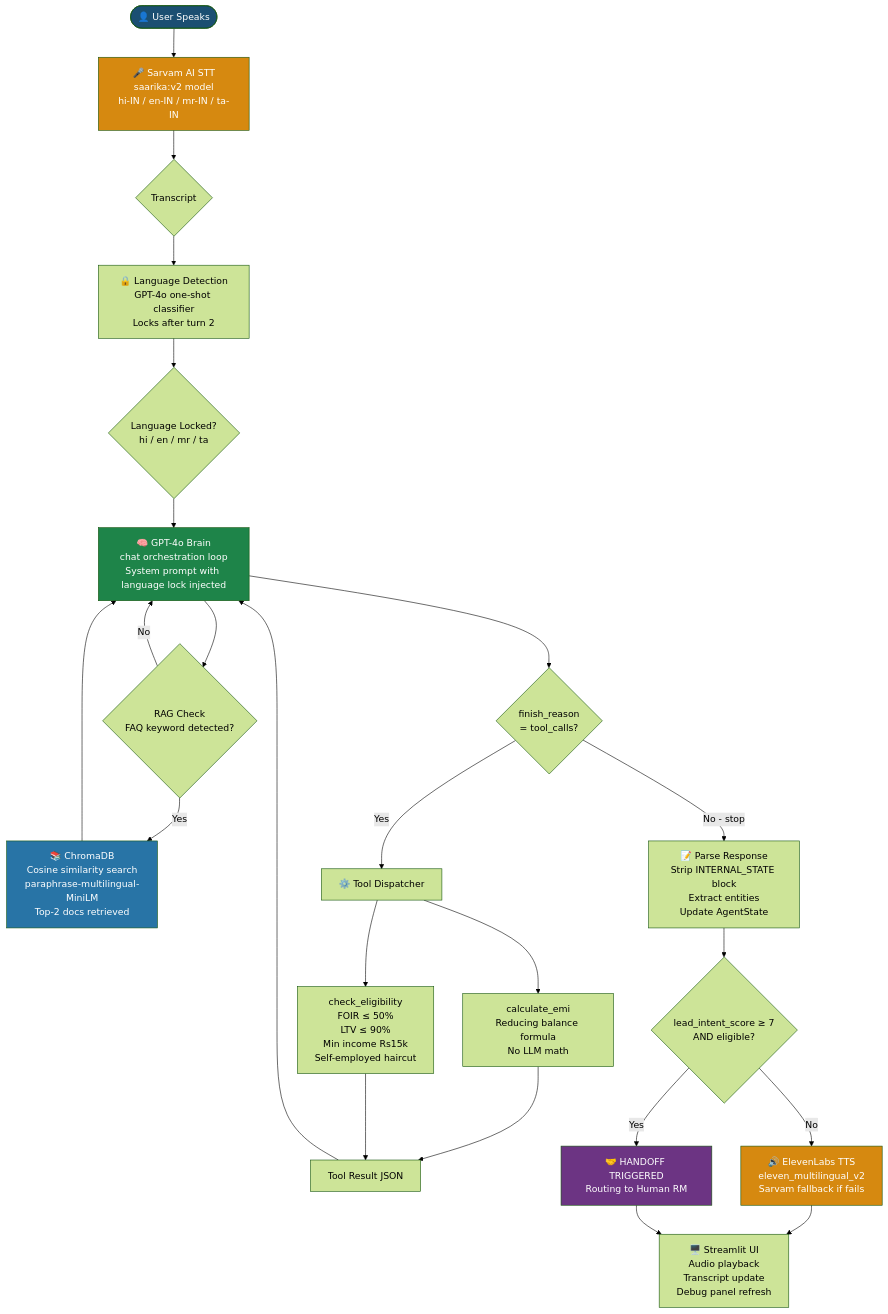
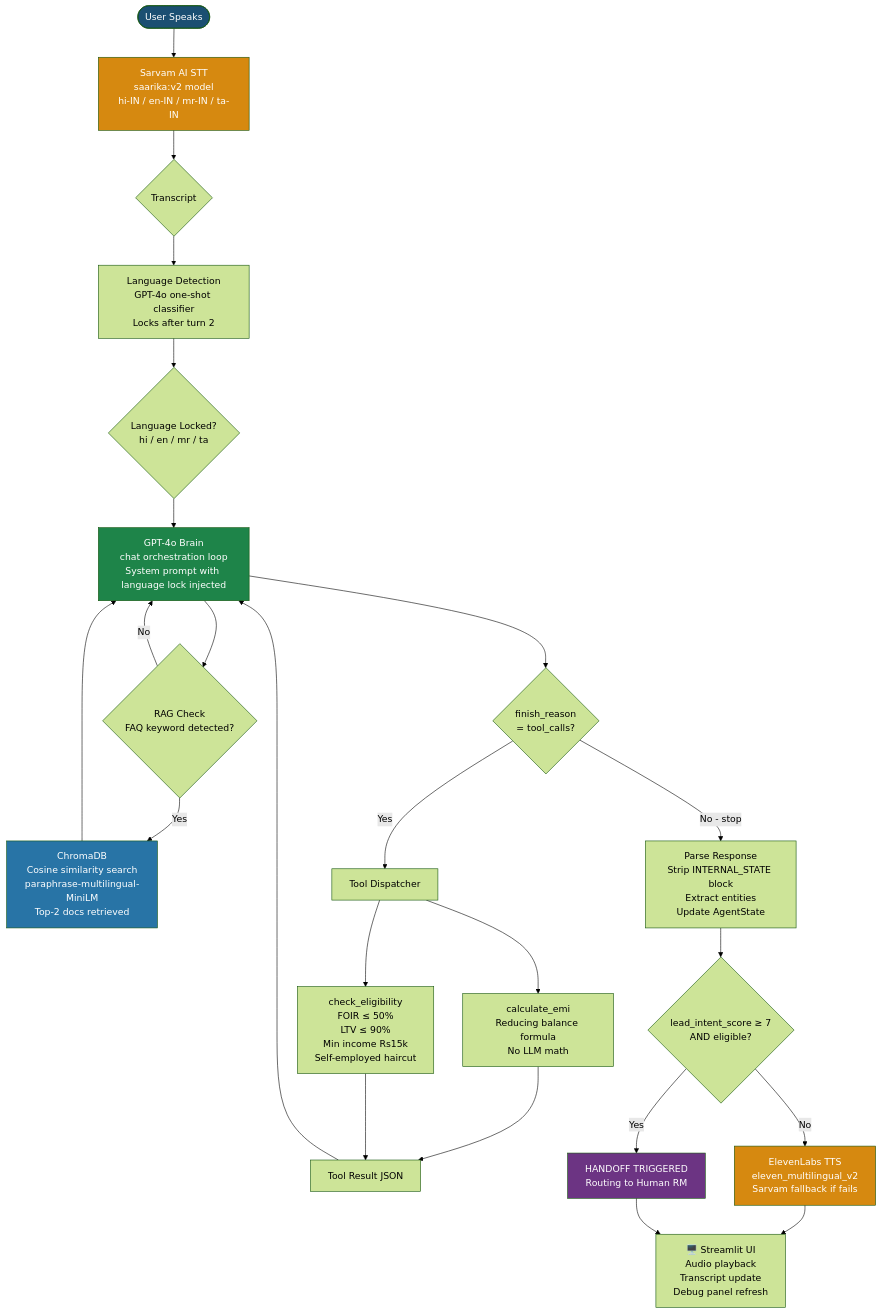
One commit to parth-patel04/homefirst-loan-counselor changed the diagram in README.md. Above: the diagram before and after it, drawn with Mermaid (forest theme). The commit also changed other lines of this file, not shown here.

````diff
--- a/README.md
+++ b/README.md
@@ -39,39 +33,39 @@
 ```mermaid
 flowchart TD
-    A([👤 User Speaks]) --> B[🎤 Sarvam AI STT\nsaarika:v2 model\nhi-IN / en-IN / mr-IN / ta-IN]
+    A([User Speaks]) --> B[Sarvam AI STT\nsaarika:v2 model\nhi-IN / en-IN / mr-IN / ta-IN]
     B --> C{Transcript}
-    C --> D[🔒 Language Detection\nGPT-4o one-shot classifier\nLocks after turn 2]
+    C --> D[ Language Detection\nGPT-4o one-shot classifier\nLocks after turn 2]
     D --> E{Language Locked?\nhi / en / mr / ta}
 
-    E --> F[🧠 GPT-4o Brain\nchat orchestration loop\nSystem prompt with language lock injected]
+    E --> F[ GPT-4o Brain\nchat orchestration loop\nSystem prompt with language lock injected]
 
     F --> G{RAG Check\nFAQ keyword detected?}
-    G -->|Yes| H[📚 ChromaDB\nCosine similarity search\nparaphrase-multilingual-MiniLM\nTop-2 docs retrieved]
+    G -->|Yes| H[ ChromaDB\nCosine similarity search\nparaphrase-multilingual-MiniLM\nTop-2 docs retrieved]
     H --> F
     G -->|No| F
 
     F --> I{finish_reason\n= tool_calls?}
 
-    I -->|Yes| J[⚙️ Tool Dispatcher]
+    I -->|Yes| J[ Tool Dispatcher]
     J --> K[calculate_emi\nReducing balance formula\nNo LLM math]
     J --> L[check_eligibility\nFOIR ≤ 50%\nLTV ≤ 90%\nMin income Rs15k\nSelf-employed haircut]
     K --> M[Tool Result JSON]
     L --> M
     M --> F
 
-    I -->|No - stop| N[📝 Parse Response\nStrip INTERNAL_STATE block\nExtract entities\nUpdate AgentState]
+    I -->|No - stop| N[Parse Response\nStrip INTERNAL_STATE block\nExtract entities\nUpdate AgentState]
 
     N --> O{lead_intent_score ≥ 7\nAND eligible?}
-    O -->|Yes| P[🤝 HANDOFF TRIGGERED\nRouting to Human RM]
-    O -->|No| Q[🔊 ElevenLabs TTS\neleven_multilingual_v2\nSarvam fallback if fails]
+    O -->|Yes| P[HANDOFF TRIGGERED\nRouting to Human RM]
+    O -->|No| Q[ElevenLabs TTS\neleven_multilingual_v2\nSarvam fallback if fails]
 
     Q --> R[🖥️ Streamlit UI\nAudio playback\nTranscript update\nDebug panel refresh]
     P --> R
 
     style A fill:#1B4F72,color:#fff
     style P fill:#6C3483,color:#fff
     style F fill:#1E8449,color:#fff
     style B fill:#D68910,color:#fff
     style Q fill:#D68910,color:#fff
     style H fill:#2874A6,color:#fff
 ```
````
